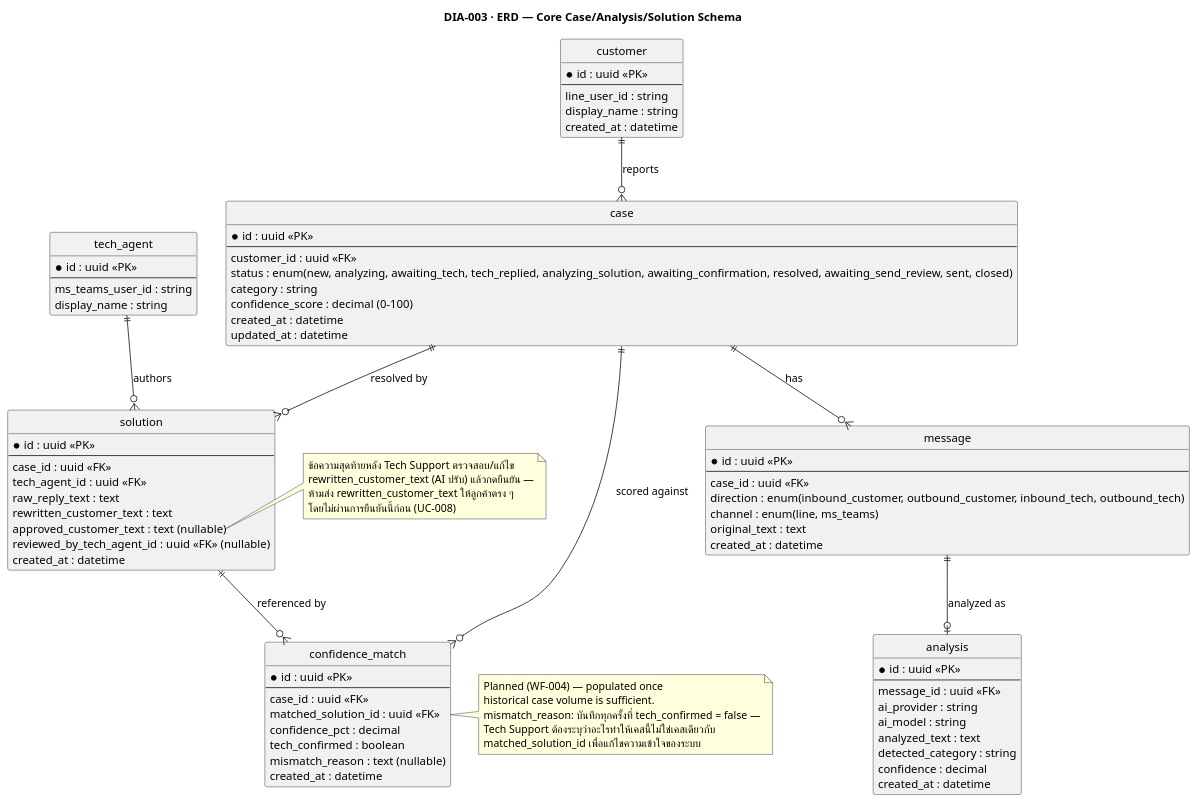
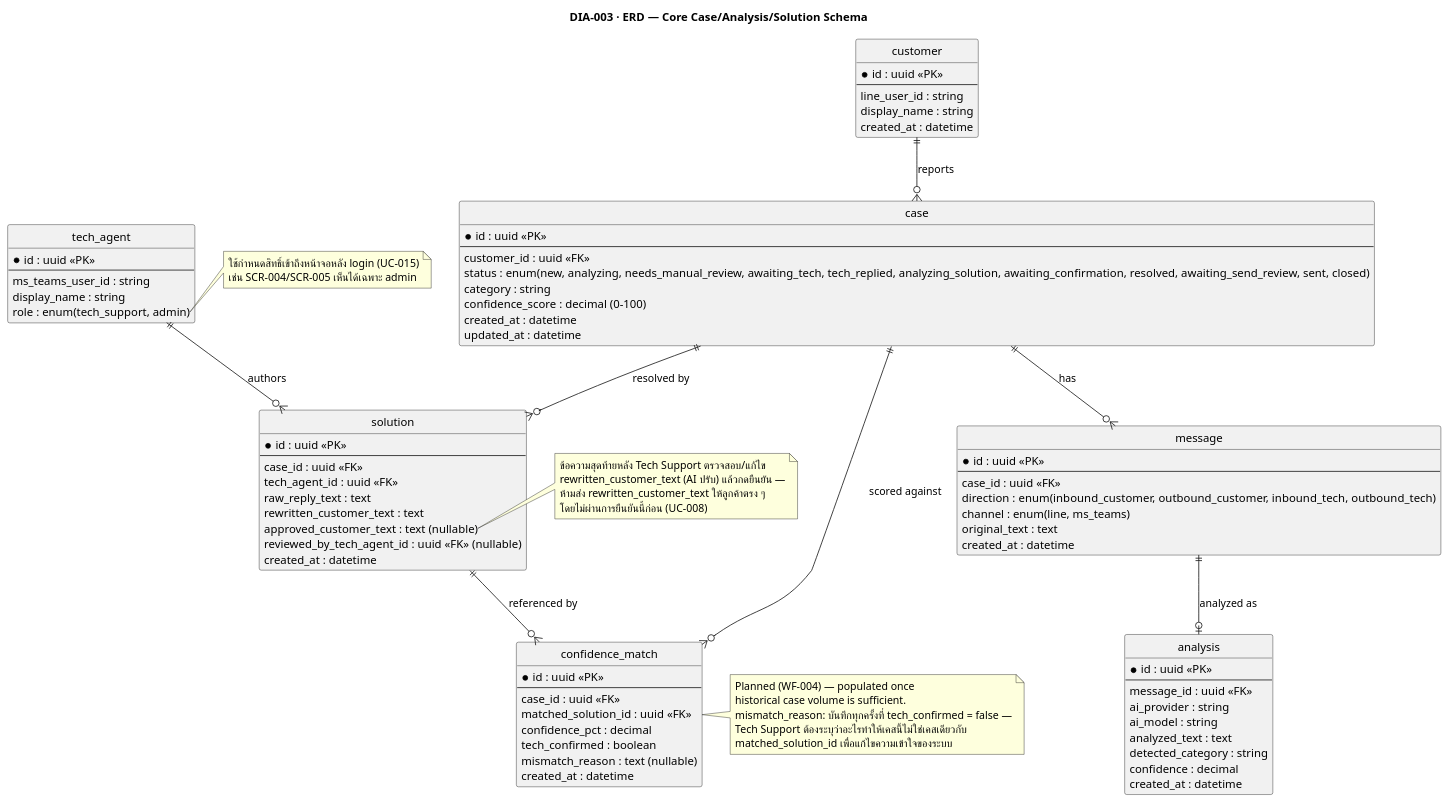
One commit to develyst1/the-off-ml-project-requirement changed the diagram in diagrams/03-erd.puml. Above: the diagram before and after it, drawn with PlantUML. The commit also changed 11 other files, not shown here.

First line of the commit message:
Add login, customer history, confirmation queue, and AI-failure handling

```diff
--- a/diagrams/03-erd.puml
+++ b/diagrams/03-erd.puml
@@ -1,98 +1,103 @@
 @startuml 03-erd
 title DIA-003 · ERD — Core Case/Analysis/Solution Schema
 skinparam shadowing false
 hide circle
 
 entity "customer" as customer {
   * id : uuid <<PK>>
   --
   line_user_id : string
   display_name : string
   created_at : datetime
 }
 
 entity "case" as case_ {
   * id : uuid <<PK>>
   --
   customer_id : uuid <<FK>>
-  status : enum(new, analyzing, awaiting_tech, tech_replied, analyzing_solution, awaiting_confirmation, resolved, awaiting_send_review, sent, closed)
+  status : enum(new, analyzing, needs_manual_review, awaiting_tech, tech_replied, analyzing_solution, awaiting_confirmation, resolved, awaiting_send_review, sent, closed)
   category : string
   confidence_score : decimal (0-100)
   created_at : datetime
   updated_at : datetime
 }
 
 entity "message" as message {
   * id : uuid <<PK>>
   --
   case_id : uuid <<FK>>
   direction : enum(inbound_customer, outbound_customer, inbound_tech, outbound_tech)
   channel : enum(line, ms_teams)
   original_text : text
   created_at : datetime
 }
 
 entity "analysis" as analysis {
   * id : uuid <<PK>>
   --
   message_id : uuid <<FK>>
   ai_provider : string
   ai_model : string
   analyzed_text : text
   detected_category : string
   confidence : decimal
   created_at : datetime
 }
 
 entity "solution" as solution {
   * id : uuid <<PK>>
   --
   case_id : uuid <<FK>>
   tech_agent_id : uuid <<FK>>
   raw_reply_text : text
   rewritten_customer_text : text
   approved_customer_text : text (nullable)
   reviewed_by_tech_agent_id : uuid <<FK>> (nullable)
   created_at : datetime
 }
 note right of solution::approved_customer_text
   ข้อความสุดท้ายหลัง Tech Support ตรวจสอบ/แก้ไข
   rewritten_customer_text (AI ปรับ) แล้วกดยืนยัน —
   ห้ามส่ง rewritten_customer_text ให้ลูกค้าตรง ๆ
   โดยไม่ผ่านการยืนยันนี้ก่อน (UC-008)
 end note
 
 entity "tech_agent" as tech_agent {
   * id : uuid <<PK>>
   --
   ms_teams_user_id : string
   display_name : string
+  role : enum(tech_support, admin)
 }
+note right of tech_agent::role
+  ใช้กำหนดสิทธิ์เข้าถึงหน้าจอหลัง login (UC-015)
+  เช่น SCR-004/SCR-005 เห็นได้เฉพาะ admin
+end note
 
 entity "confidence_match" as confidence_match {
   * id : uuid <<PK>>
   --
   case_id : uuid <<FK>>
   matched_solution_id : uuid <<FK>>
   confidence_pct : decimal
   tech_confirmed : boolean
   mismatch_reason : text (nullable)
   created_at : datetime
 }
 note right of confidence_match
   Planned (WF-004) — populated once
   historical case volume is sufficient.
   mismatch_reason: บันทึกทุกครั้งที่ tech_confirmed = false —
   Tech Support ต้องระบุว่าอะไรทำให้เคสนี้ไม่ใช่เคสเดียวกับ
   matched_solution_id เพื่อแก้ไขความเข้าใจของระบบ
 end note
 
 customer ||--o{ case_ : "reports"
 case_ ||--o{ message : "has"
 message ||--o| analysis : "analyzed as"
 case_ ||--o{ solution : "resolved by"
 tech_agent ||--o{ solution : "authors"
 case_ ||--o{ confidence_match : "scored against"
 solution ||--o{ confidence_match : "referenced by"
 
 @enduml
```
